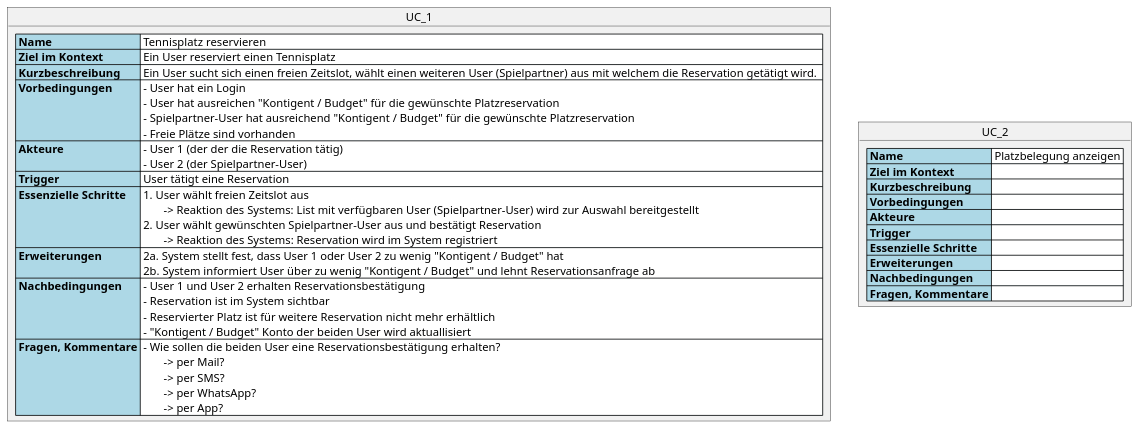
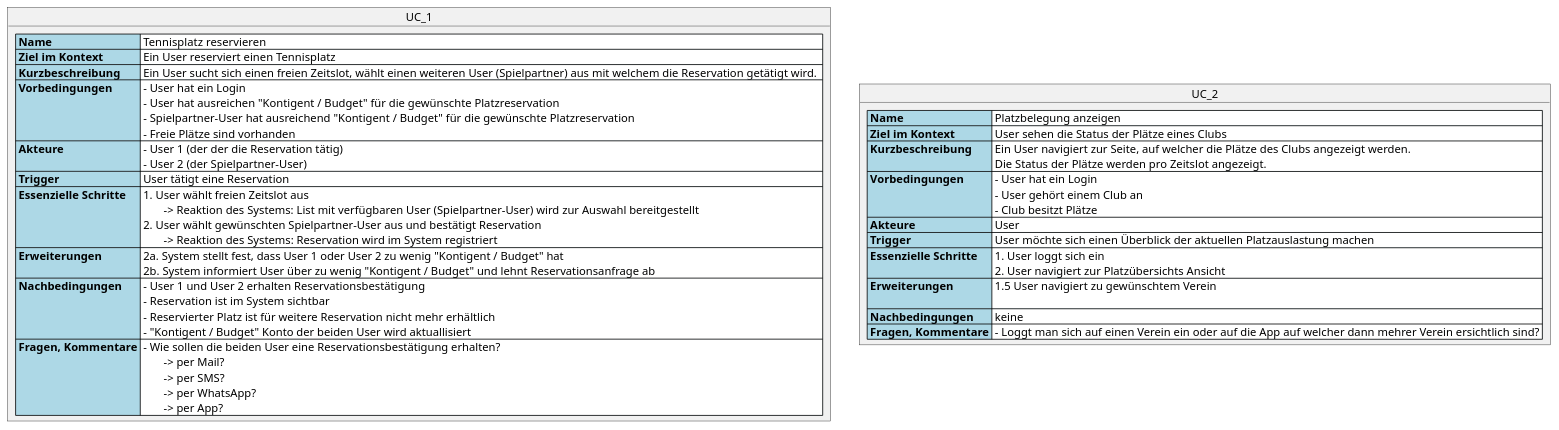
One commit to incrediblybadcoder/fortylove changed the diagram in documents/design/usecases/NotesUseCasesUser.plantuml. Above: the diagram before and after it, drawn with PlantUML.

Commit message:
#39 UC_1 "Platzbelegung anzeigen" described in more detail

```diff
--- a/documents/design/usecases/NotesUseCasesUser.plantuml
+++ b/documents/design/usecases/NotesUseCasesUser.plantuml
@@ -1,28 +1,28 @@
 @startuml
 object UC_1 {
 <#lightblue,#black>|= Name |<#white> Tennisplatz reservieren |
 <#lightblue,#black>|= Ziel im Kontext |<#white> Ein User reserviert einen Tennisplatz |
 <#lightblue,#black>|= Kurzbeschreibung |<#white> Ein User sucht sich einen freien Zeitslot, wählt einen weiteren User (Spielpartner) aus mit welchem die Reservation getätigt wird.  |
 <#lightblue,#black>|= Vorbedingungen |<#white> - User hat ein Login\n - User hat ausreichen "Kontigent / Budget" für die gewünschte Platzreservation\n - Spielpartner-User hat ausreichend "Kontigent / Budget" für die gewünschte Platzreservation\n - Freie Plätze sind vorhanden  |
 <#lightblue,#black>|= Akteure |<#white> - User 1 (der der die Reservation tätig)\n - User 2 (der Spielpartner-User) |
 <#lightblue,#black>|= Trigger |<#white> User tätigt eine Reservation  |
 <#lightblue,#black>|= Essenzielle Schritte |<#white> 1. User wählt freien Zeitslot aus\n\t-> Reaktion des Systems: List mit verfügbaren User (Spielpartner-User) wird zur Auswahl bereitgestellt\n 2. User wählt gewünschten Spielpartner-User aus und bestätigt Reservation\n\t-> Reaktion des Systems: Reservation wird im System registriert  |
 <#lightblue,#black>|= Erweiterungen |<#white> 2a. System stellt fest, dass User 1 oder User 2 zu wenig "Kontigent / Budget" hat\n 2b. System informiert User über zu wenig "Kontigent / Budget" und lehnt Reservationsanfrage ab |
 <#lightblue,#black>|= Nachbedingungen |<#white> - User 1 und User 2 erhalten Reservationsbestätigung\n - Reservation ist im System sichtbar\n - Reservierter Platz ist für weitere Reservation nicht mehr erhältlich\n - "Kontigent / Budget" Konto der beiden User wird aktuallisiert |
 <#lightblue,#black>|= Fragen, Kommentare |<#with> - Wie sollen die beiden User eine Reservationsbestätigung erhalten?\n\t-> per Mail?\n\t-> per SMS?\n\t-> per WhatsApp?\n\t-> per App? |
 }
 
 object UC_2 {
 <#lightblue,#black>|= Name|<#white> Platzbelegung anzeigen |
-<#lightblue,#black>|= Ziel im Kontext |<#white>  |
-<#lightblue,#black>|= Kurzbeschreibung |<#white>  |
-<#lightblue,#black>|= Vorbedingungen |<#white>  |
-<#lightblue,#black>|= Akteure |<#white>  |
-<#lightblue,#black>|= Trigger |<#white>  |
-<#lightblue,#black>|= Essenzielle Schritte |<#white>  |
-<#lightblue,#black>|= Erweiterungen |<#white>  |
-<#lightblue,#black>|= Nachbedingungen |<#white>  |
-<#lightblue,#black>|= Fragen, Kommentare |<#white>  |
+<#lightblue,#black>|= Ziel im Kontext |<#white> User sehen die Status der Plätze eines Clubs  |
+<#lightblue,#black>|= Kurzbeschreibung |<#white> Ein User navigiert zur Seite, auf welcher die Plätze des Clubs angezeigt werden.\n Die Status der Plätze werden pro Zeitslot angezeigt.  |
+<#lightblue,#black>|= Vorbedingungen |<#white> - User hat ein Login\n - User gehört einem Club an\n - Club besitzt Plätze  |
+<#lightblue,#black>|= Akteure |<#white> User |
+<#lightblue,#black>|= Trigger |<#white> User möchte sich einen Überblick der aktuellen Platzauslastung machen |
+<#lightblue,#black>|= Essenzielle Schritte |<#white> 1. User loggt sich ein\n 2. User navigiert zur Platzübersichts Ansicht  |
+<#lightblue,#black>|= Erweiterungen |<#white> 1.5 User navigiert zu gewünschtem Verein\n |
+<#lightblue,#black>|= Nachbedingungen |<#white> keine |
+<#lightblue,#black>|= Fragen, Kommentare |<#white> - Loggt man sich auf einen Verein ein oder auf die App auf welcher dann mehrer Verein ersichtlich sind? |
 }
 
 @enduml
```
